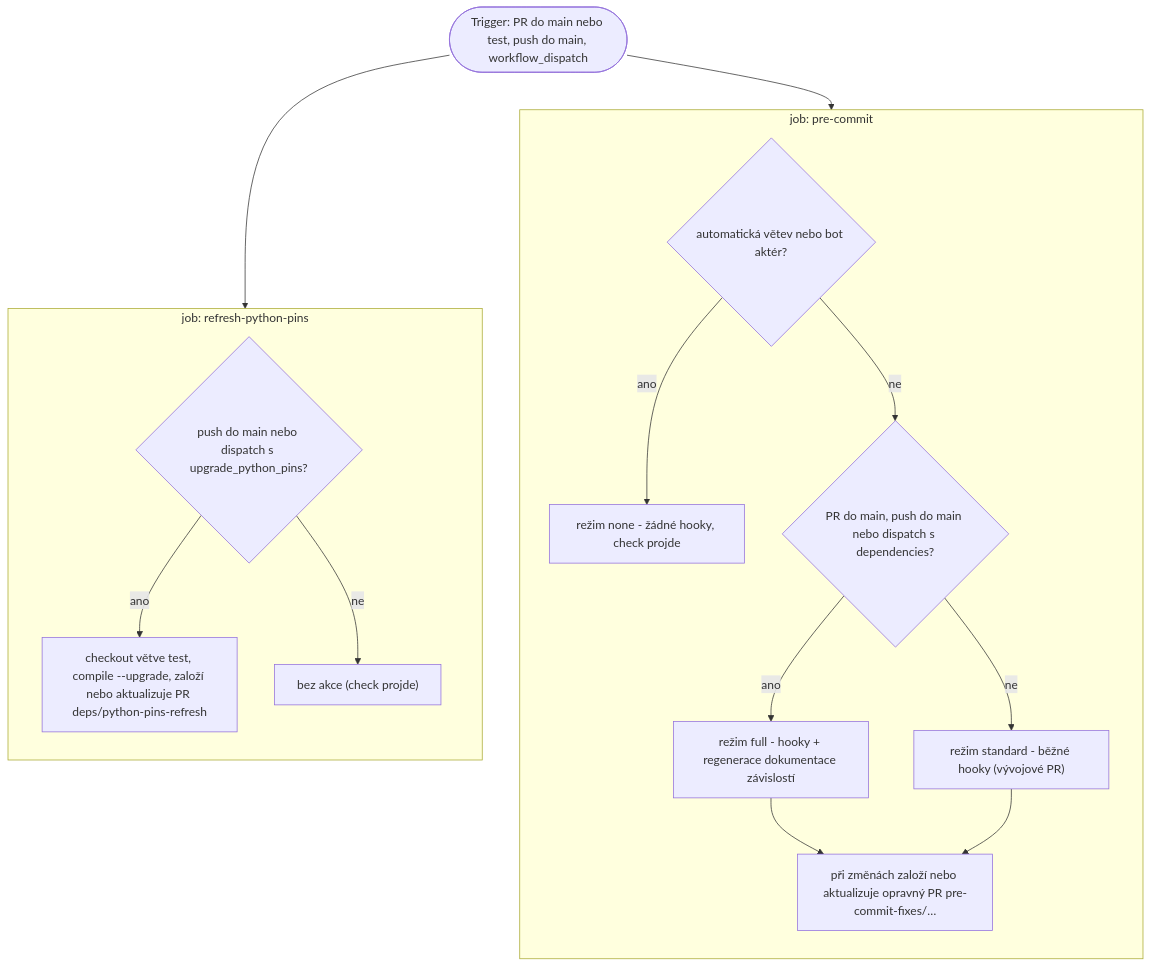
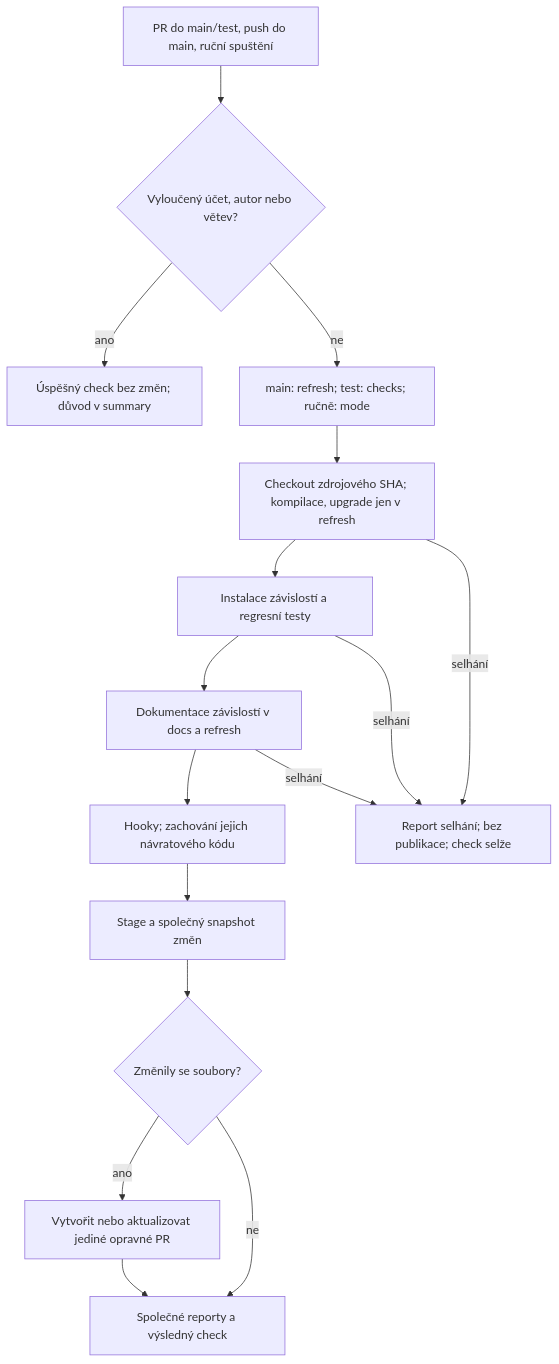
One commit to ARUP-CAS/aiscr-webamcr changed the diagram in docs/source/03_vyvoj/kodovaci_standardy.rst. Above: the diagram before and after it, drawn with Mermaid. The commit also changed other lines of this file and 16 other files, not shown here.

```diff
--- a/docs/source/03_vyvoj/kodovaci_standardy.rst
+++ b/docs/source/03_vyvoj/kodovaci_standardy.rst
@@ -120,24 +127,19 @@
 .. mermaid::
    :align: center
 
    flowchart TD
-       subgraph PC["job: pre-commit"]
-           direction TB
-           M{"automatická větev nebo bot aktér?"}
-           M -- "ano" --> NONE["režim none - žádné hooky, check projde"]
-           M -- "ne" --> MAIN{"PR do main, push do main nebo dispatch s dependencies?"}
-           MAIN -- "ano" --> FULL["režim full - hooky + regenerace dokumentace závislostí"]
-           MAIN -- "ne" --> STD["režim standard - běžné hooky (vývojové PR)"]
-           FULL --> FIX["při změnách založí nebo aktualizuje opravný PR pre-commit-fixes/…"]
-           STD --> FIX
-       end
-
-       subgraph RP["job: refresh-python-pins"]
-           direction TB
-           G2{"push do main nebo dispatch s upgrade_python_pins?"}
-           G2 -- "ano" --> W2["checkout větve test, compile --upgrade, založí nebo aktualizuje PR deps/python-pins-refresh"]
-           G2 -- "ne" --> N2["bez akce (check projde)"]
-       end
-
-       T([Trigger: PR do main nebo test, push do main, workflow_dispatch]) --> M
-       T --> G2
+       T["PR do main/test, push do main, ruční spuštění"] --> G{"Vyloučený účet, autor nebo větev?"}
+       G -- "ano" --> N["Úspěšný check bez změn; důvod v summary"]
+       G -- "ne" --> M["main: refresh; test: checks; ručně: mode"]
+       M --> C["Checkout zdrojového SHA; kompilace, upgrade jen v refresh"]
+       C --> I["Instalace závislostí a regresní testy"]
+       I --> D["Dokumentace závislostí v docs a refresh"]
+       D --> H["Hooky; zachování jejich návratového kódu"]
+       H --> S["Stage a společný snapshot změn"]
+       S --> F{"Změnily se soubory?"}
+       F -- "ano" --> P["Vytvořit nebo aktualizovat jediné opravné PR"]
+       F -- "ne" --> R["Společné reporty a výsledný check"]
+       P --> R
+       C -- "selhání" --> E["Report selhání; bez publikace; check selže"]
+       I -- "selhání" --> E
+       D -- "selhání" --> E
```
